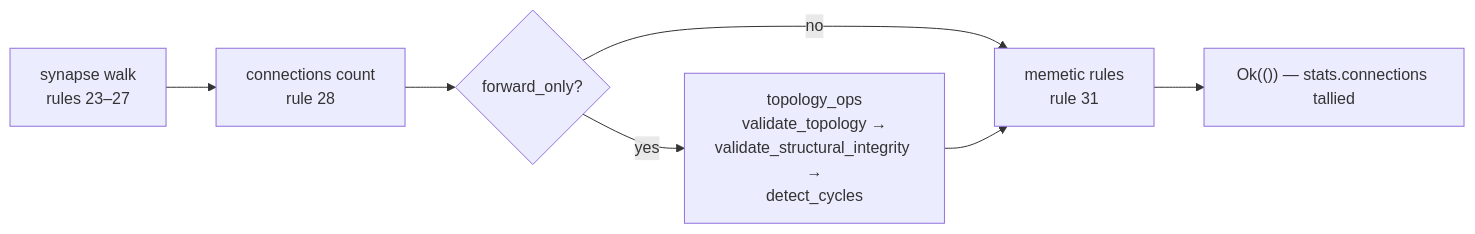
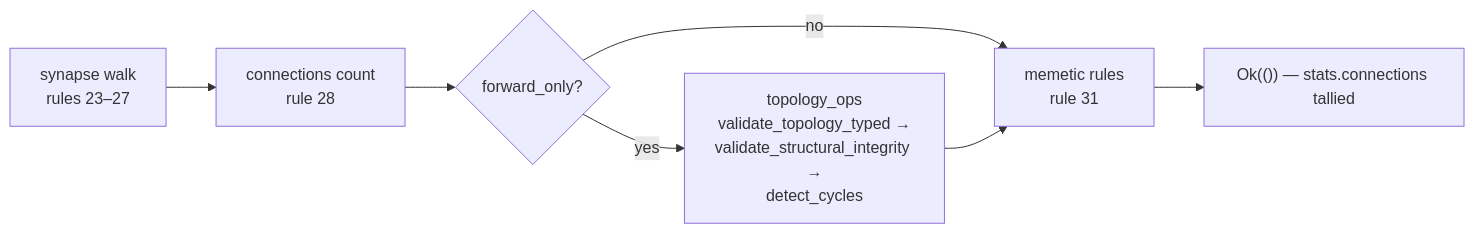
One commit to stSoftwareAU/NEAT-AI-core changed diagram 14 of 18 in README.md. Above: the diagram before and after it, drawn with Mermaid. The commit also changed other lines of this file and 15 other files, not shown here.

````diff
--- a/README.md
+++ b/README.md
@@ -783,9 +797,9 @@
 ```mermaid
 flowchart LR
     W["synapse walk<br/>rules 23–27"] --> N["connections count<br/>rule 28"]
     N --> FWD{"forward_only?"}
-    FWD -- yes --> T["topology_ops<br/>validate_topology →<br/>validate_structural_integrity →<br/>detect_cycles"]
+    FWD -- yes --> T["topology_ops<br/>validate_topology_typed →<br/>validate_structural_integrity →<br/>detect_cycles"]
     FWD -- no --> M["memetic rules<br/>rule 31"]
     T --> M
     M --> S["Ok(()) — stats.connections tallied"]
 ```
````
